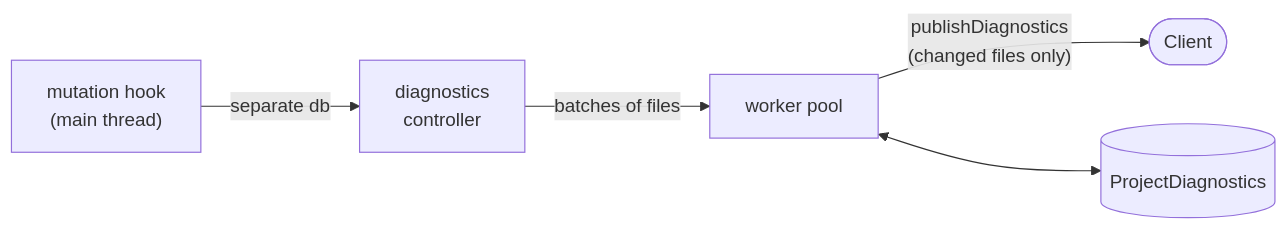
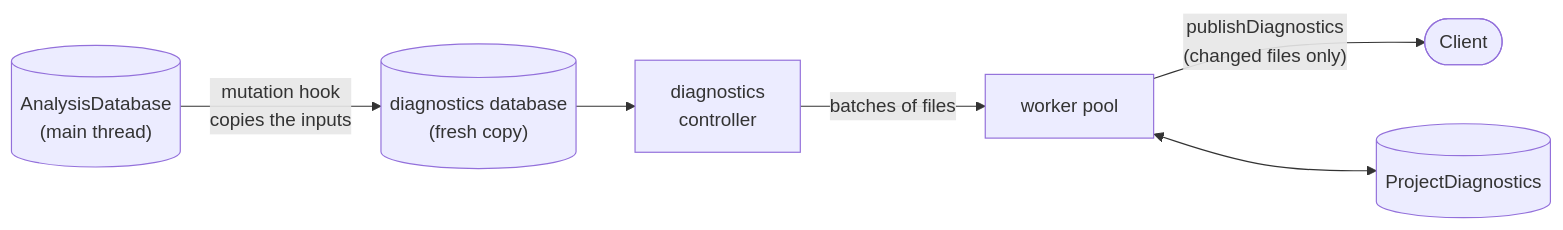
Before and after one commit to software-mansion/cairols: the sixth of 7 diagrams in ARCHITECTURE.md, drawn with Mermaid. The commit also changed other lines of this file, not shown here.

````diff
--- a/ARCHITECTURE.md
+++ b/ARCHITECTURE.md
@@ -233,7 +238,8 @@
 ```mermaid
 flowchart LR
-    hook["mutation hook<br/>(main thread)"] -- "separate db" --> ctrl["diagnostics<br/>controller"]
+    main[("AnalysisDatabase<br/>(main thread)")] -- "mutation hook<br/>copies the inputs" --> copy[("diagnostics database<br/>(fresh copy)")]
+    copy --> ctrl["diagnostics<br/>controller"]
     ctrl -- "batches of files" --> workers["worker pool"]
     workers -- "publishDiagnostics<br/>(changed files only)" --> client(["Client"])
     workers <--> pd[("ProjectDiagnostics")]
 ```
````
